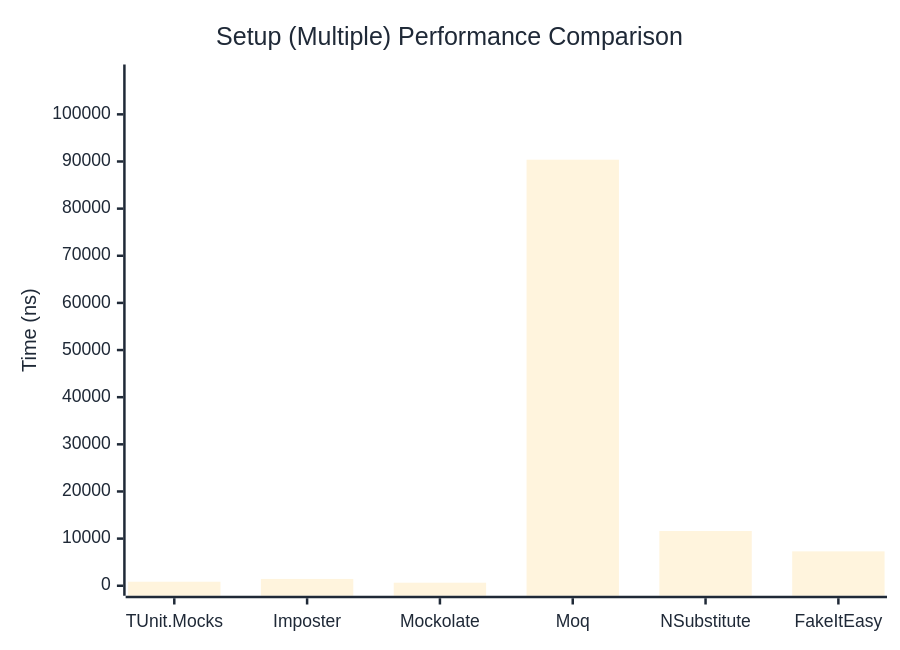
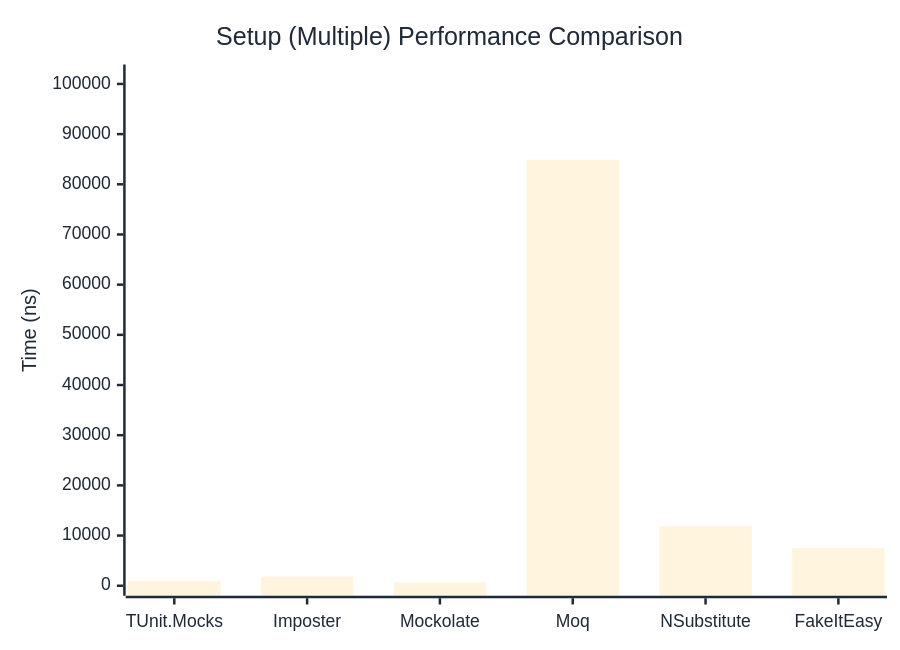
The second of 2 diagrams in docs/docs/benchmarks/mocks/Setup.md (thomhurst/TUnit), drawn with Mermaid before and after one commit. The commit also changed other lines of this file and 14 other files, not shown here.

````diff
--- a/docs/docs/benchmarks/mocks/Setup.md
+++ b/docs/docs/benchmarks/mocks/Setup.md
@@ -71,27 +71,27 @@
 ```mermaid
 %%{init: {
   'theme':'base',
   'themeVariables': {
     'primaryColor': '#2563eb',
     'primaryTextColor': '#1f2937',
     'primaryBorderColor': '#1e40af',
     'lineColor': '#6b7280',
     'secondaryColor': '#7c3aed',
     'tertiaryColor': '#dc2626',
     'background': '#ffffff',
     'pie1': '#2563eb',
     'pie2': '#7c3aed',
     'pie3': '#dc2626',
     'pie4': '#f59e0b',
     'pie5': '#10b981',
     'pie6': '#06b6d4',
     'pie7': '#ec4899',
     'pie8': '#6366f1'
   }
 }}%%
 xychart-beta
   title "Setup (Multiple) Performance Comparison"
   x-axis ["TUnit.Mocks", "Imposter", "Mockolate", "Moq", "NSubstitute", "FakeItEasy"]
-  y-axis "Time (ns)" 0 --> 108454
-  bar [854.2, 1443.8, 645.5, 90378.2, 11615.3, 7293.4]
+  y-axis "Time (ns)" 0 --> 101880
+  bar [961.9, 1819.7, 642.1, 84899.4, 11874, 7471]
 ```
````
